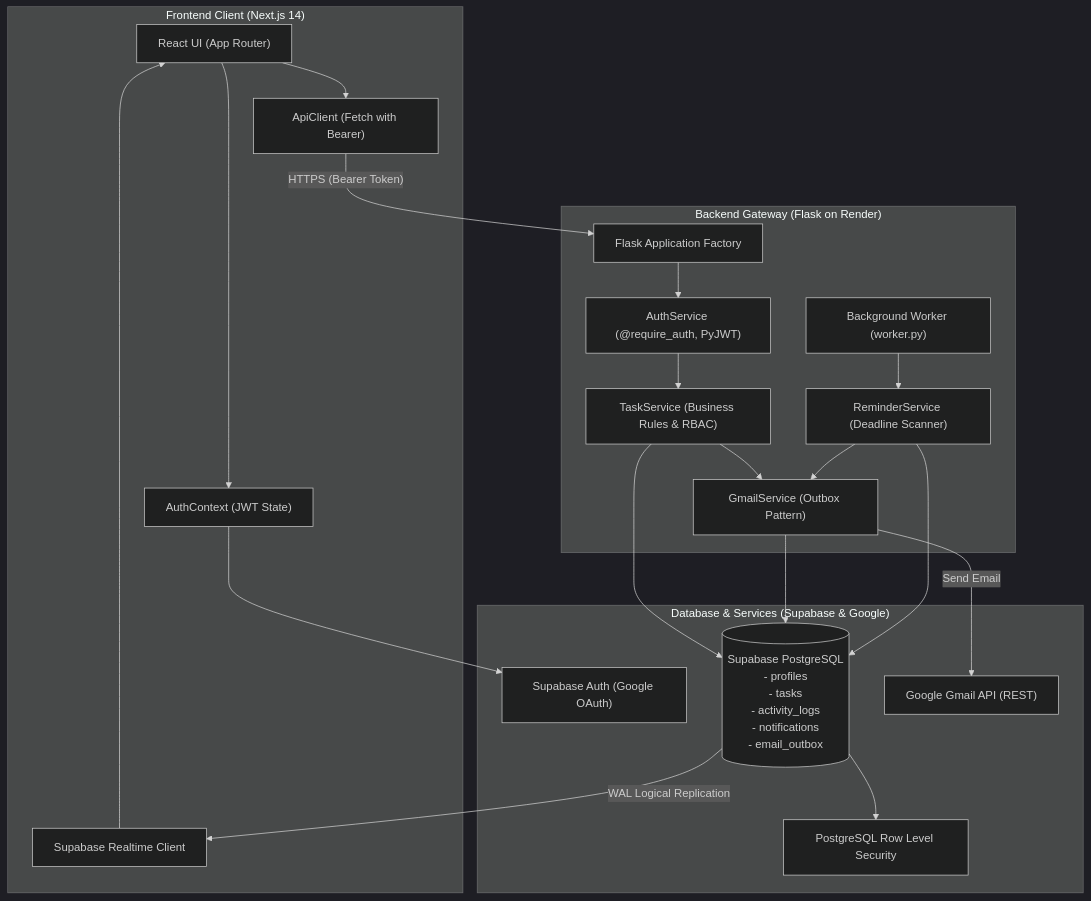
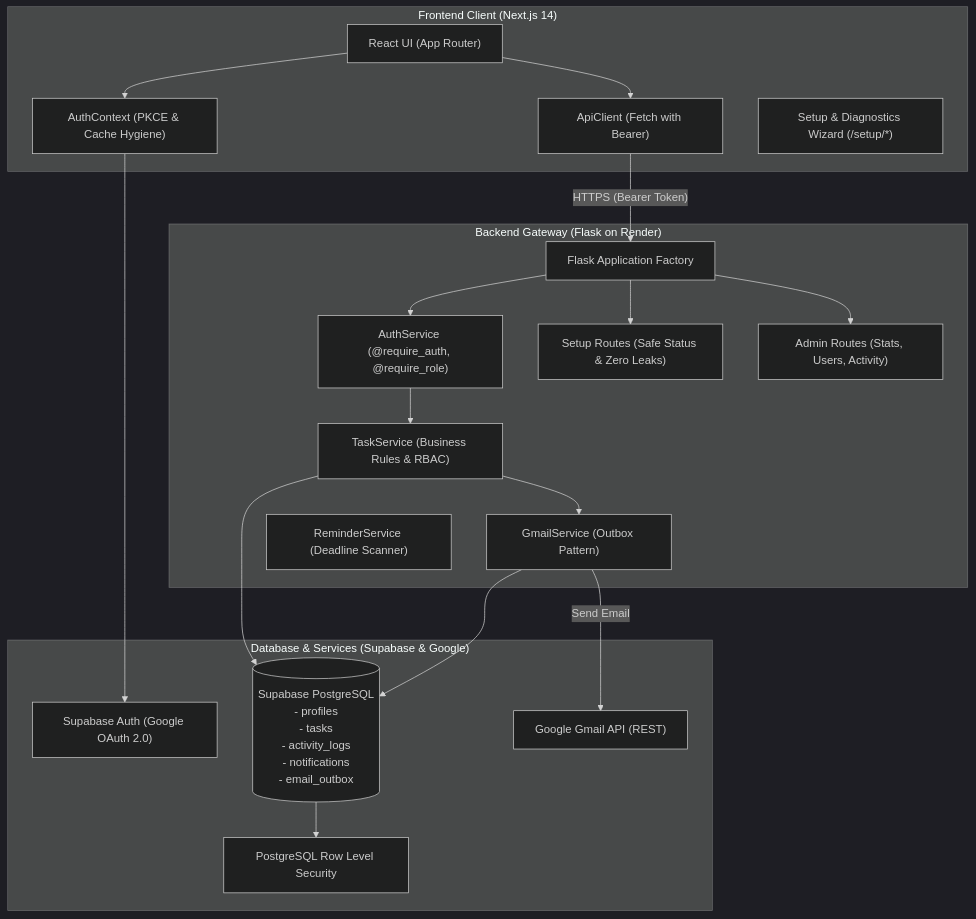
The first of 2 diagrams in README.md (varma2455/TaskFlow), drawn with Mermaid (dark theme) before and after one commit. The commit also changed other lines of this file and 70 other files, not shown here.

````diff
--- a/README.md
+++ b/README.md
@@ -35,42 +36,40 @@
 ```mermaid
 flowchart TD
     subgraph Client["Frontend Client (Next.js 14)"]
         UI["React UI (App Router)"]
-        AC["AuthContext (JWT State)"]
+        AC["AuthContext (PKCE & Cache Hygiene)"]
         API_C["ApiClient (Fetch with Bearer)"]
-        RT_C["Supabase Realtime Client"]
+        SETUP["Setup & Diagnostics Wizard (/setup/*)"]
     end
 
     subgraph Backend["Backend Gateway (Flask on Render)"]
         FLASK["Flask Application Factory"]
-        AUTH_S["AuthService (@require_auth, PyJWT)"]
+        AUTH_S["AuthService (@require_auth, @require_role)"]
+        SETUP_R["Setup Routes (Safe Status & Zero Leaks)"]
+        ADMIN_R["Admin Routes (Stats, Users, Activity)"]
         TASK_S["TaskService (Business Rules & RBAC)"]
         GMAIL_S["GmailService (Outbox Pattern)"]
         REMIND_S["ReminderService (Deadline Scanner)"]
-        WORKER["Background Worker (worker.py)"]
     end
 
     subgraph Database["Database & Services (Supabase & Google)"]
-        SUPA_AUTH["Supabase Auth (Google OAuth)"]
+        SUPA_AUTH["Supabase Auth (Google OAuth 2.0)"]
         PG_DB[("Supabase PostgreSQL\n- profiles\n- tasks\n- activity_logs\n- notifications\n- email_outbox")]
         RLS["PostgreSQL Row Level Security"]
         GMAIL_API["Google Gmail API (REST)"]
     end
 
     UI --> AC
     AC --> SUPA_AUTH
     UI --> API_C
     API_C -- "HTTPS (Bearer Token)" --> FLASK
     FLASK --> AUTH_S
+    FLASK --> SETUP_R
+    FLASK --> ADMIN_R
     AUTH_S --> TASK_S
     TASK_S --> PG_DB
     TASK_S --> GMAIL_S
     GMAIL_S --> PG_DB
     GMAIL_S -- "Send Email" --> GMAIL_API
-    WORKER --> REMIND_S
-    REMIND_S --> PG_DB
-    REMIND_S --> GMAIL_S
     PG_DB --> RLS
-    PG_DB -- "WAL Logical Replication" --> RT_C
-    RT_C --> UI
 ```
````
